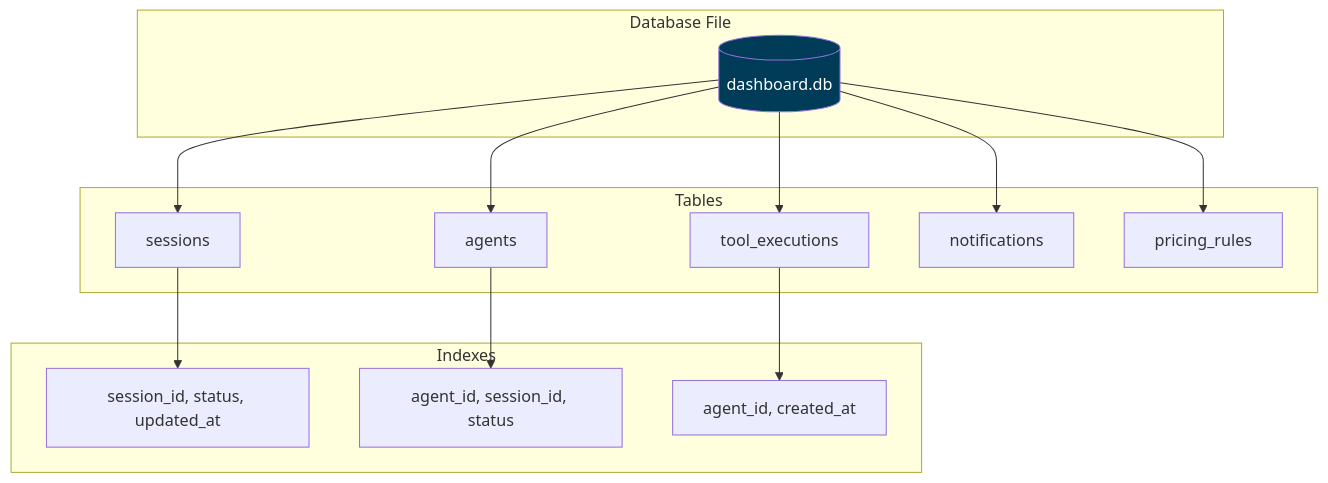
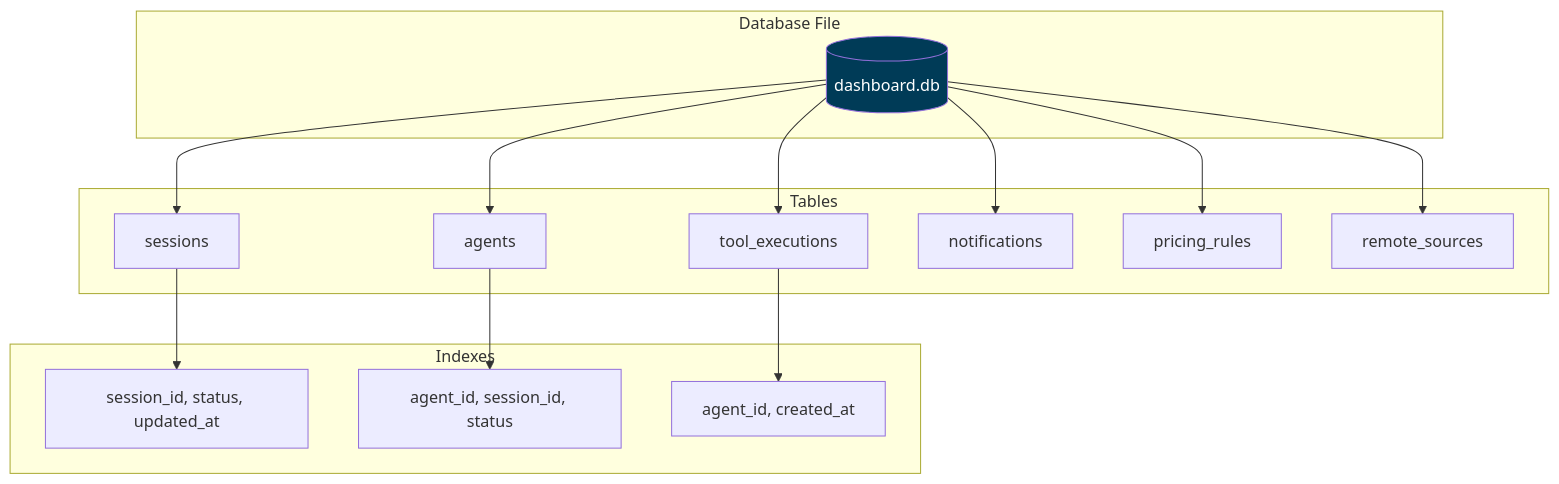
One commit to hoangsonww/Claude-Code-Agent-Monitor changed the first of 11 diagrams in docs/DATABASE.md. Above: the diagram before and after it, drawn with Mermaid. The commit also changed other lines of this file and 43 other files, not shown here.

````diff
--- a/docs/DATABASE.md
+++ b/docs/DATABASE.md
@@ -31,32 +31,34 @@
 ```mermaid
 graph TB
     subgraph "Database File"
         DB[(dashboard.db)]
     end
     
     subgraph "Tables"
         Sessions[sessions]
         Agents[agents]
         Tools[tool_executions]
         Notifs[notifications]
         Pricing[pricing_rules]
+        Remote[remote_sources]
     end
     
     subgraph "Indexes"
         Idx1[session_id, status, updated_at]
         Idx2[agent_id, session_id, status]
         Idx3[agent_id, created_at]
     end
     
     DB --> Sessions
     DB --> Agents
     DB --> Tools
     DB --> Notifs
     DB --> Pricing
+    DB --> Remote
     
     Sessions --> Idx1
     Agents --> Idx2
     Tools --> Idx3
     
     style DB fill:#003B57,color:#fff
 ```
````
